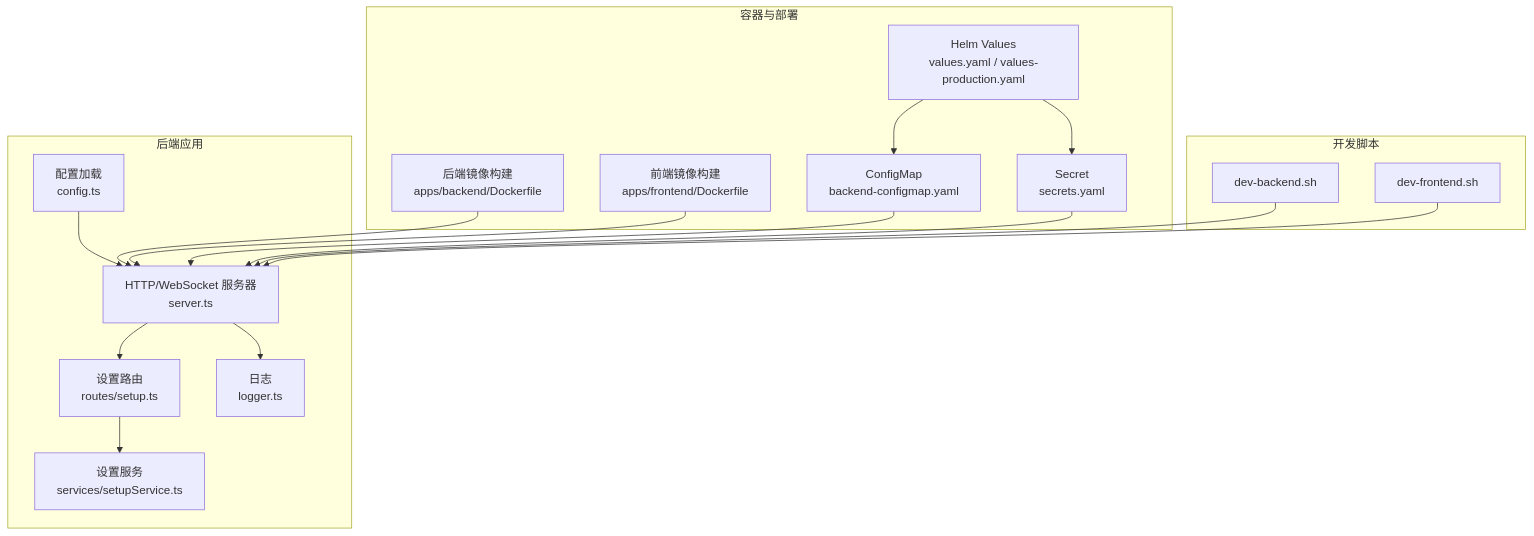
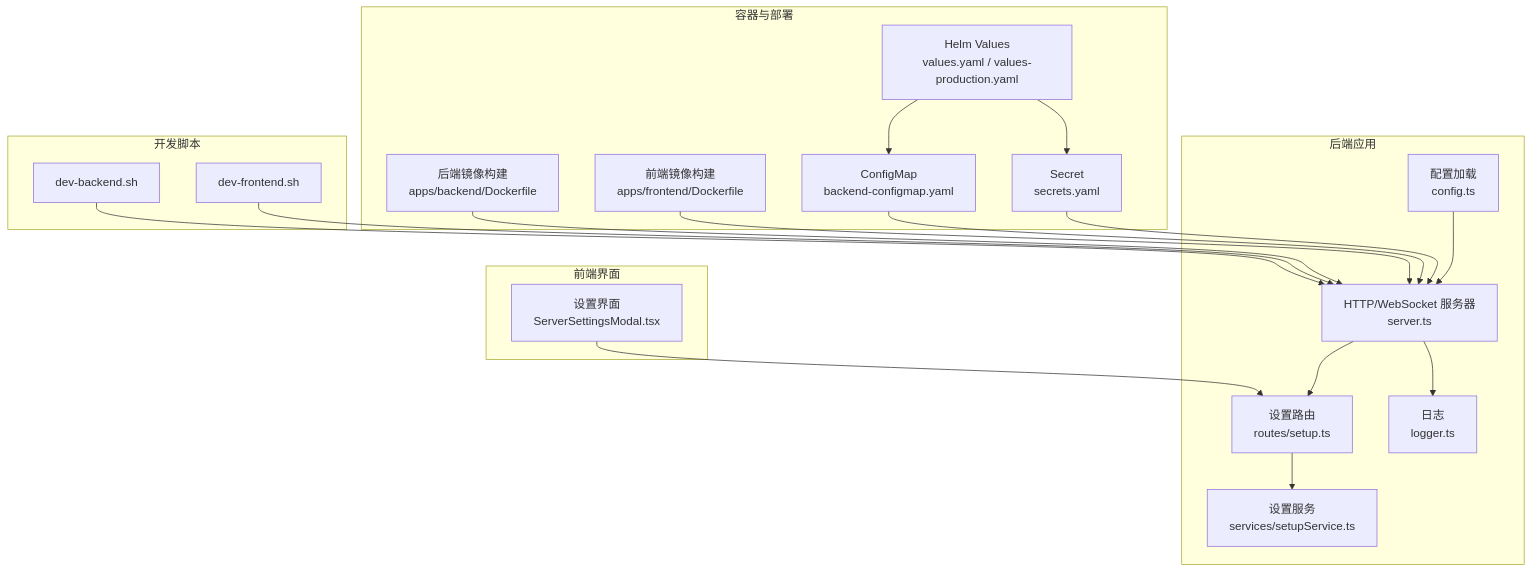
The first of 6 diagrams in .qoder/repowiki/zh/content/部署与运维/环境配置.md (RabbitAI-Lab/Sandbox-Manager), drawn with Mermaid before and after one commit. The commit also changed other lines of this file and 6 other files, not shown here.

````diff
--- a/.qoder/repowiki/zh/content/部署与运维/环境配置.md
+++ b/.qoder/repowiki/zh/content/部署与运维/环境配置.md
@@ -45,33 +54,37 @@
 ```mermaid
 graph TB
 subgraph "后端应用"
 CFG["配置加载<br/>config.ts"]
 SRV["HTTP/WebSocket 服务器<br/>server.ts"]
 SETUP["设置路由<br/>routes/setup.ts"]
 SSET["设置服务<br/>services/setupService.ts"]
 LOG["日志<br/>logger.ts"]
 end
 subgraph "容器与部署"
 BDF["后端镜像构建<br/>apps/backend/Dockerfile"]
 FDF["前端镜像构建<br/>apps/frontend/Dockerfile"]
 VAL["Helm Values<br/>values.yaml / values-production.yaml"]
 CM["ConfigMap<br/>backend-configmap.yaml"]
 SEC["Secret<br/>secrets.yaml"]
 end
 subgraph "开发脚本"
 DEVB["dev-backend.sh"]
 DEVF["dev-frontend.sh"]
 end
+subgraph "前端界面"
+UI["设置界面<br/>ServerSettingsModal.tsx"]
+end
 CFG --> SRV
 SRV --> SETUP
 SETUP --> SSET
 SRV --> LOG
 BDF --> SRV
 FDF --> SRV
 VAL --> CM
 VAL --> SEC
 CM --> SRV
 SEC --> SRV
 DEVB --> SRV
 DEVF --> SRV
+UI --> SETUP
 ```
````
